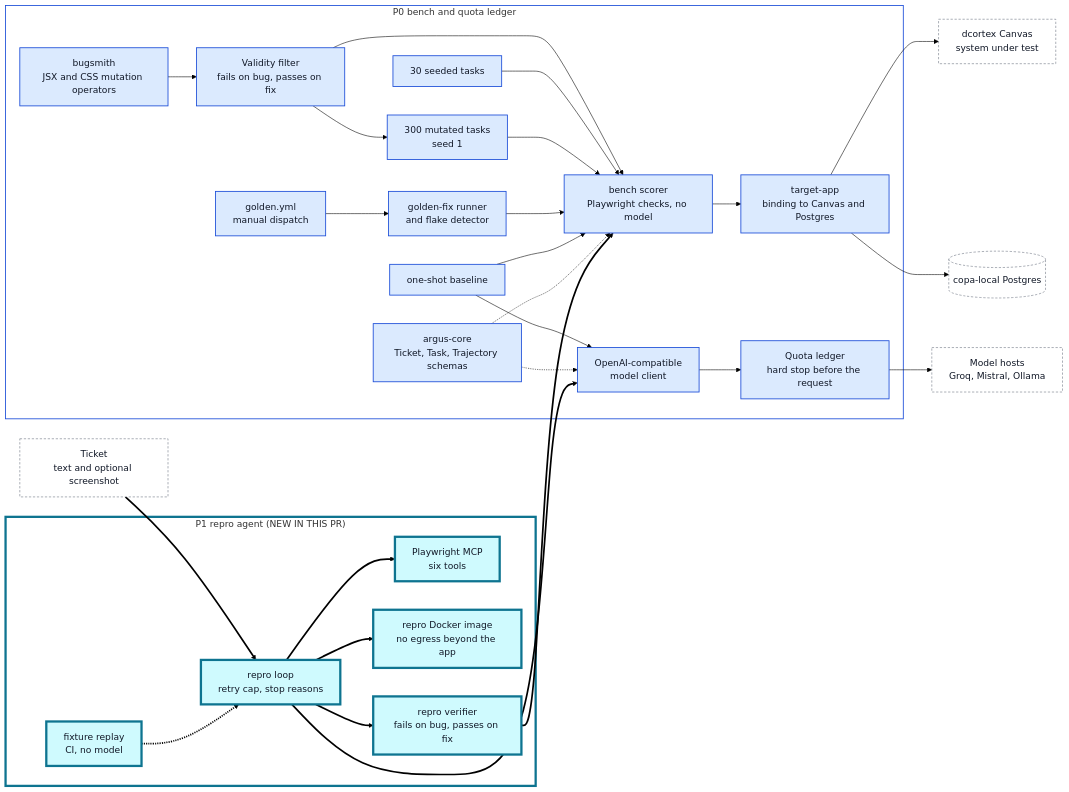
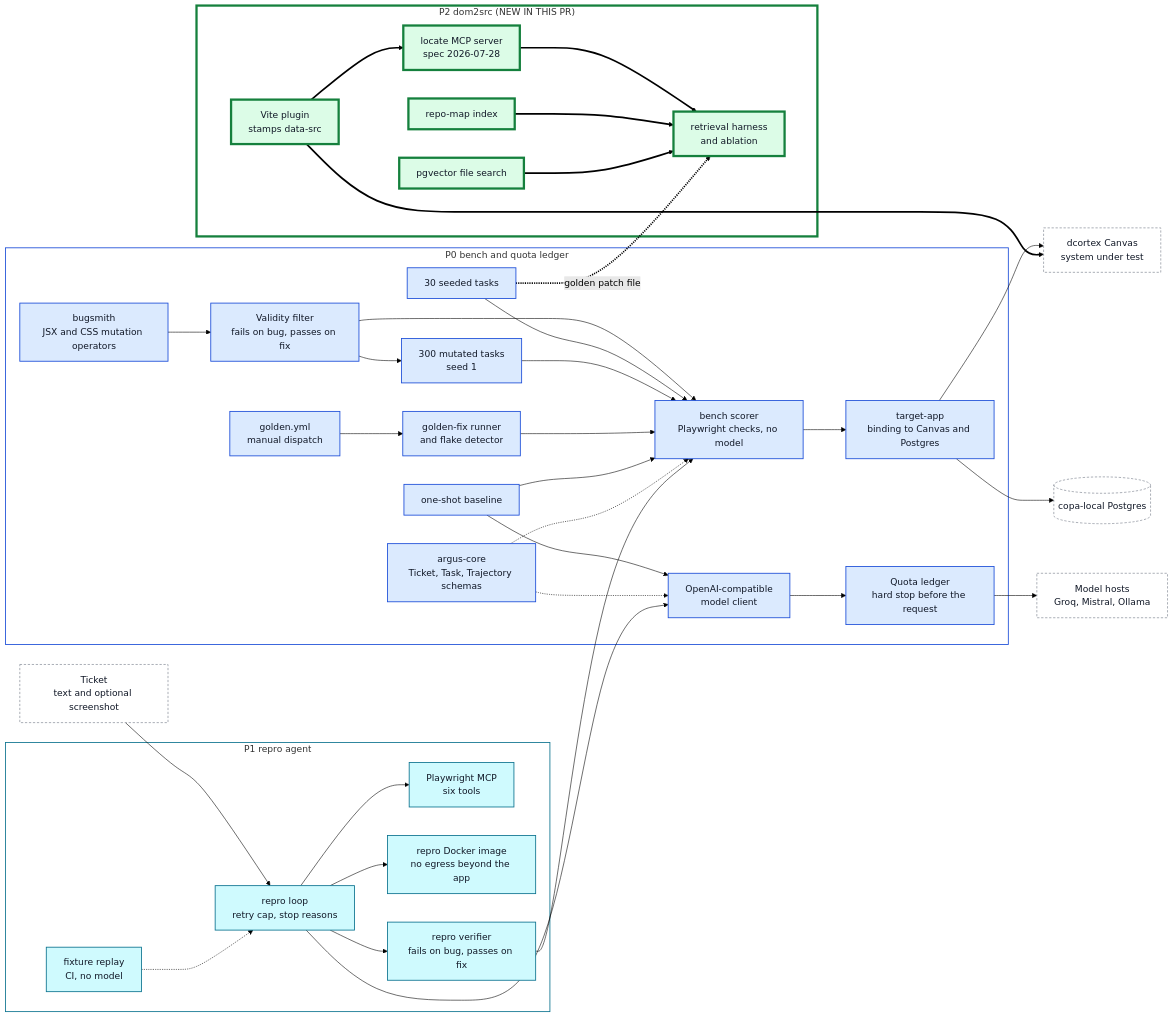
The diagram in docs/architecture/overview.md (vibhu-0511/argus), drawn with Mermaid (forest theme) before and after one commit. The commit also changed other lines of this file and 16 other files, not shown here.

First line of the commit message:
P2: add the repo-map index, ablation results, ADR-006 and ADR-007, CI and workspace files

````diff
--- a/docs/architecture/overview.md
+++ b/docs/architecture/overview.md
@@ -5,61 +5,77 @@
 ```mermaid
 flowchart LR
   TICKET["Ticket<br/>text and optional screenshot"]:::ext
   CANVAS["dcortex Canvas<br/>system under test"]:::ext
   PG[("copa-local Postgres")]:::ext
   HOSTS["Model hosts<br/>Groq, Mistral, Ollama"]:::ext
 
   subgraph S0 ["P0 bench and quota ledger"]
     CORE["argus-core<br/>Ticket, Task, Trajectory schemas"]:::p0
     CLIENT["OpenAI-compatible<br/>model client"]:::p0
     LEDGER["Quota ledger<br/>hard stop before the request"]:::p0
     TARGET["target-app<br/>binding to Canvas and Postgres"]:::p0
     SEEDED["30 seeded tasks"]:::p0
     BUGSMITH["bugsmith<br/>JSX and CSS mutation operators"]:::p0
     FILTER["Validity filter<br/>fails on bug, passes on fix"]:::p0
     MUTANTS["300 mutated tasks<br/>seed 1"]:::p0
     SCORER["bench scorer<br/>Playwright checks, no model"]:::p0
     GOLDEN["golden-fix runner<br/>and flake detector"]:::p0
     BASELINE["one-shot baseline"]:::p0
     CI["golden.yml<br/>manual dispatch"]:::p0
   end
 
-  subgraph S1 ["P1 repro agent (NEW IN THIS PR)"]
+  subgraph S1 ["P1 repro agent"]
     REPRO["repro loop<br/>retry cap, stop reasons"]:::p1
     PWMCP["Playwright MCP<br/>six tools"]:::p1
     RSANDBOX["repro Docker image<br/>no egress beyond the app"]:::p1
     RVERIFY["repro verifier<br/>fails on bug, passes on fix"]:::p1
     REPLAY["fixture replay<br/>CI, no model"]:::p1
+  end
+
+  subgraph S2 ["P2 dom2src (NEW IN THIS PR)"]
+    PLUGIN["Vite plugin<br/>stamps data-src"]:::p2
+    LOCATE["locate MCP server<br/>spec 2026-07-28"]:::p2
+    RMAP["repo-map index"]:::p2
+    PGV["pgvector file search"]:::p2
+    ABL["retrieval harness<br/>and ablation"]:::p2
   end
 
   BUGSMITH --> FILTER
   FILTER --> SCORER
   FILTER --> MUTANTS
   SEEDED --> SCORER
   MUTANTS --> SCORER
   GOLDEN --> SCORER
   CI --> GOLDEN
   SCORER --> TARGET
   TARGET --> CANVAS
   TARGET --> PG
   BASELINE --> SCORER
   BASELINE --> CLIENT
   CLIENT --> LEDGER
   LEDGER --> HOSTS
   CORE -.-> CLIENT
   CORE -.-> SCORER
   TICKET --> REPRO
   REPRO --> PWMCP
   REPRO --> RSANDBOX
   REPRO --> RVERIFY
   RVERIFY --> SCORER
   REPRO --> CLIENT
   REPLAY -.-> REPRO
+  PLUGIN --> CANVAS
+  PLUGIN --> LOCATE
+  LOCATE --> ABL
+  RMAP --> ABL
+  PGV --> ABL
+  SEEDED -. "golden patch file" .-> ABL
 
   classDef p0 fill:#dbeafe,stroke:#1d4ed8,stroke-width:1.5px,color:#111827
   style S0 fill:none,stroke:#1d4ed8,stroke-width:1.5px
-  classDef p1 fill:#cffafe,stroke:#0e7490,stroke-width:4px,color:#111827
-  style S1 fill:none,stroke:#0e7490,stroke-width:4px
+  classDef p1 fill:#cffafe,stroke:#0e7490,stroke-width:1.5px,color:#111827
+  style S1 fill:none,stroke:#0e7490,stroke-width:1.5px
+  classDef p2 fill:#dcfce7,stroke:#15803d,stroke-width:4px,color:#111827
+  style S2 fill:none,stroke:#15803d,stroke-width:4px
   classDef ext fill:#ffffff,stroke:#6b7280,color:#111827,stroke-dasharray: 4 3
-  linkStyle 16,17,18,19,20,21,22 stroke-width:3px
+  linkStyle 23,24,25,26,27,28 stroke-width:3px
 ```
````
